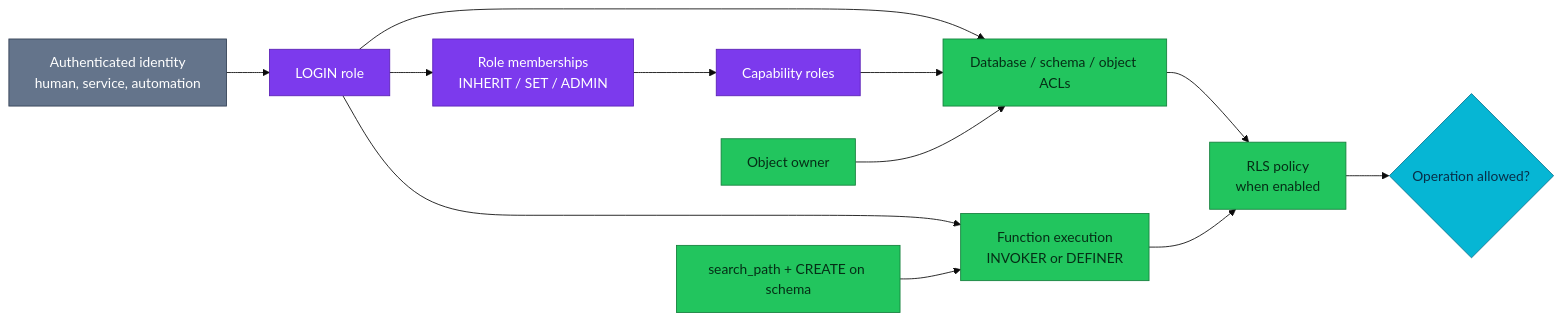
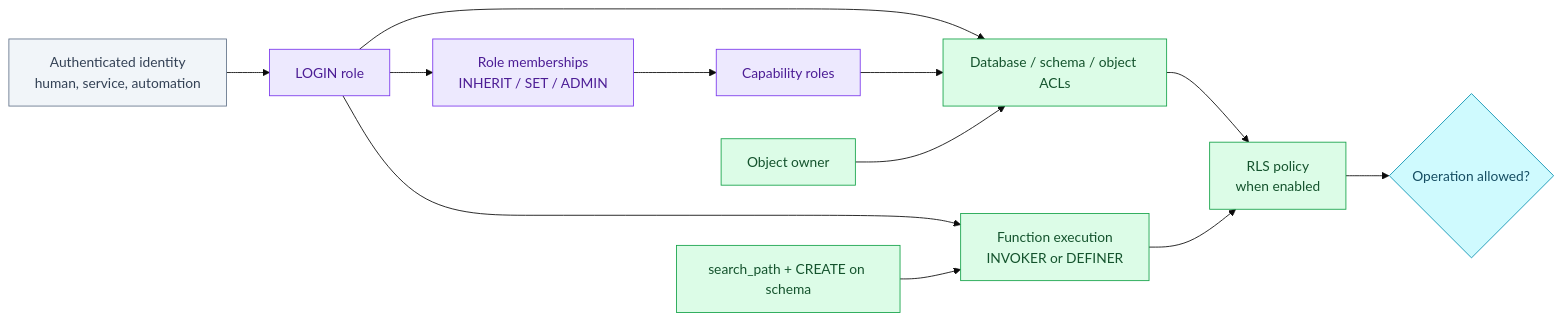
One commit to duynhlab/homelab changed the first of 2 diagrams in docs/proposals/rfc/RFC-0029/research.md. Above: the diagram before and after it, drawn with Mermaid (base theme). The commit also changed other lines of this file and 2 other files, not shown here.

````diff
--- a/docs/proposals/rfc/RFC-0029/research.md
+++ b/docs/proposals/rfc/RFC-0029/research.md
@@ -151,23 +153,23 @@
 ```mermaid
 flowchart LR
     Identity["Authenticated identity<br/>human, service, automation"] --> Login["LOGIN role"]
     Login --> Membership["Role memberships<br/>INHERIT / SET / ADMIN"]
     Membership --> Capability["Capability roles"]
     Login --> ACL["Database / schema / object ACLs"]
     Capability --> ACL
     Owner["Object owner"] --> ACL
     ACL --> Policy["RLS policy<br/>when enabled"]
     Login --> Function["Function execution<br/>INVOKER or DEFINER"]
     Function --> Policy
     Search["search_path + CREATE on schema"] --> Function
     Policy --> Decision{"Operation allowed?"}
 
-    classDef service fill:#06b6d4,color:#082f49,stroke:#0e7490;
-    classDef platform fill:#7c3aed,color:#fff,stroke:#5b21b6;
-    classDef data fill:#22c55e,color:#052e16,stroke:#15803d;
-    classDef external fill:#64748b,color:#fff,stroke:#334155;
+    classDef service fill:#cffafe,color:#164e63,stroke:#0891b2;
+    classDef platform fill:#ede9fe,color:#4c1d95,stroke:#7c3aed;
+    classDef data fill:#dcfce7,color:#14532d,stroke:#16a34a;
+    classDef external fill:#f1f5f9,color:#334155,stroke:#64748b;
     class Identity external;
     class Login,Membership,Capability platform;
     class ACL,Owner,Policy,Function,Search data;
     class Decision service;
 ```
````
